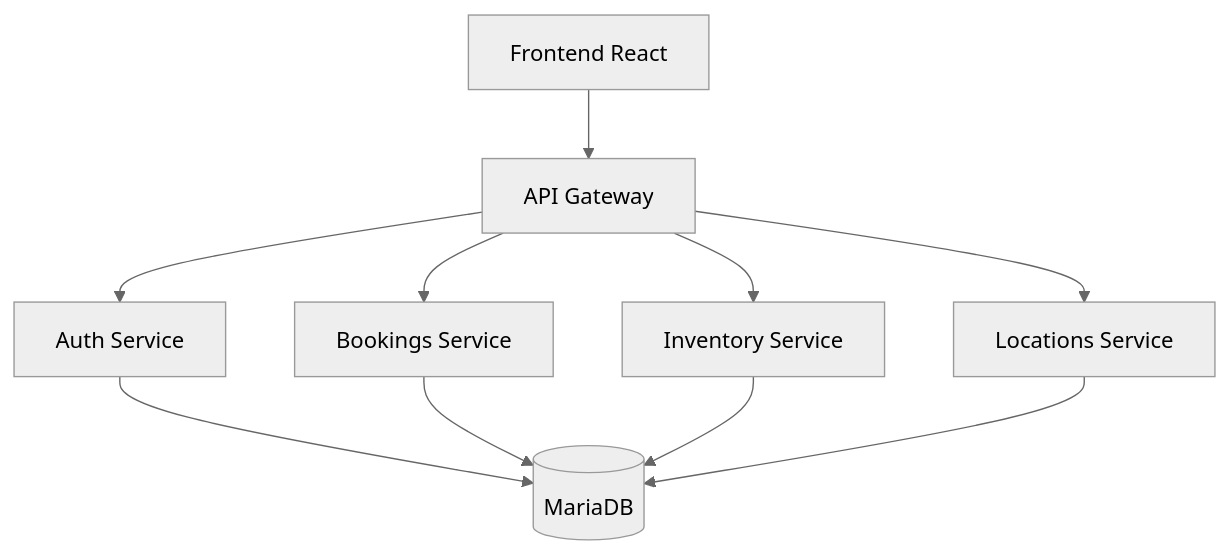
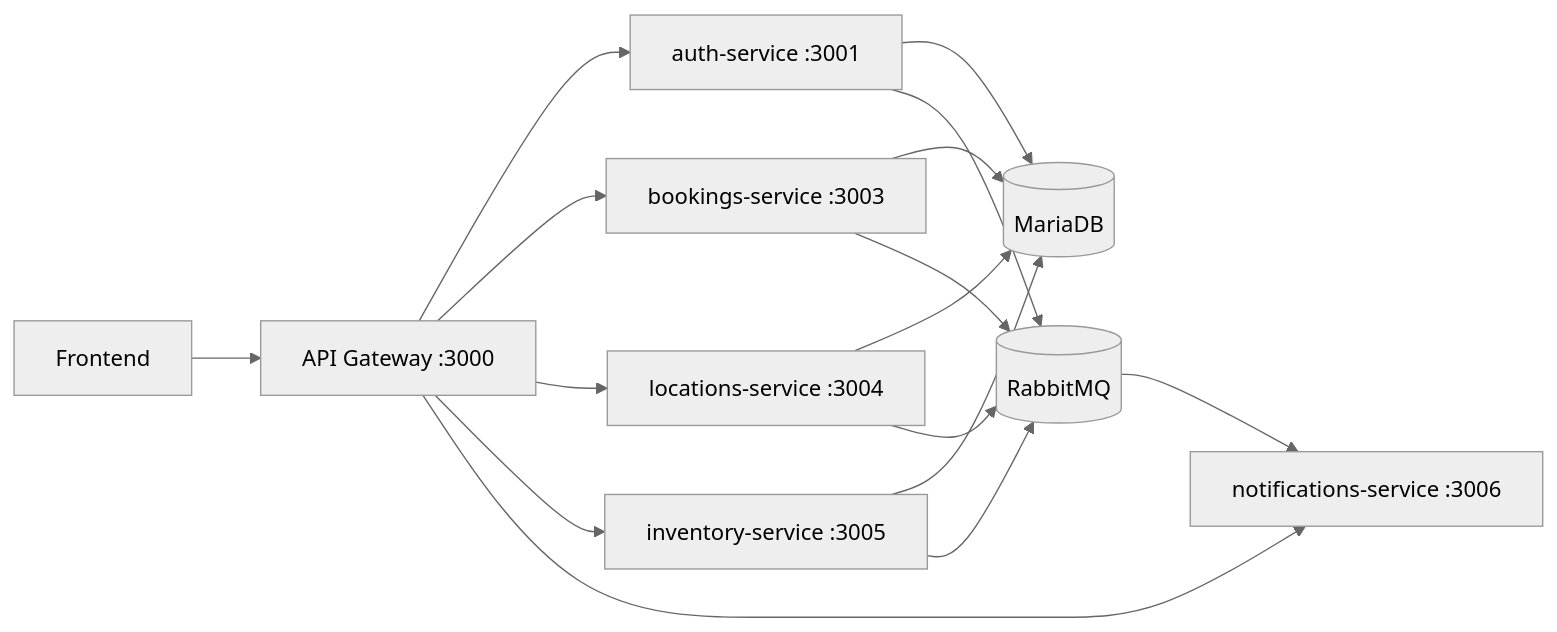
Before and after one commit to Sherman97/reservasSofka: the diagram in README.md, drawn with Mermaid (neutral theme). The commit also changed other lines of this file and 602 other files, not shown here.

````diff
--- a/README.md
+++ b/README.md
@@ -13,12 +16,20 @@
 ```mermaid
-graph TD
-    Client[Frontend React] --> GW[API Gateway]
-    GW --> Auth[Auth Service]
-    GW --> Bookings[Bookings Service]
-    GW --> Inv[Inventory Service]
-    GW --> Loc[Locations Service]
-    Auth --> DB[(MariaDB)]
-    Bookings --> DB
-    Inv --> DB
-    Loc --> DB
+flowchart LR
+    FE[Frontend] --> GW[API Gateway :3000]
+    GW --> AUTH[auth-service :3001]
+    GW --> BOOK[bookings-service :3003]
+    GW --> LOC[locations-service :3004]
+    GW --> INV[inventory-service :3005]
+    GW --> NOTI[notifications-service :3006]
+
+    AUTH --> DB[(MariaDB)]
+    BOOK --> DB
+    LOC --> DB
+    INV --> DB
+
+    AUTH --> MQ[(RabbitMQ)]
+    BOOK --> MQ
+    LOC --> MQ
+    INV --> MQ
+    MQ --> NOTI
 ```
````
